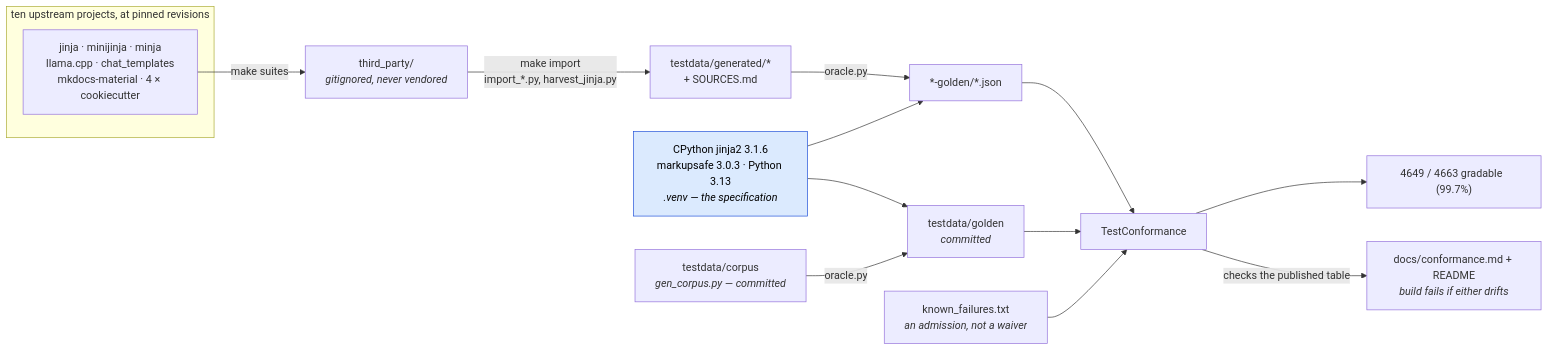
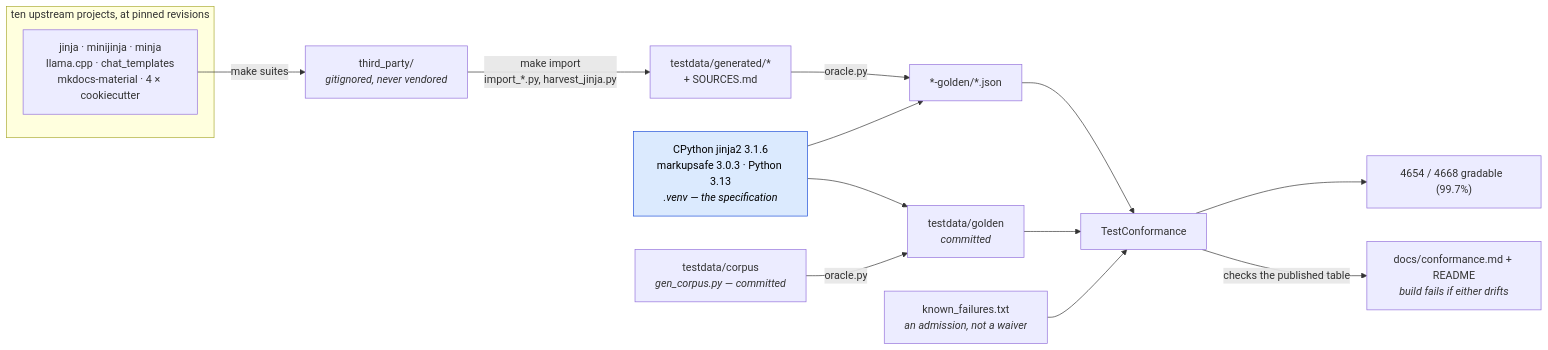
The first of 2 diagrams in docs/conformance.md (mgilbir/gojja2), drawn with Mermaid before and after one commit. The commit also changed other lines of this file and 19 other files, not shown here.

````diff
--- a/docs/conformance.md
+++ b/docs/conformance.md
@@ -17,24 +17,24 @@
 ```mermaid
 flowchart LR
     subgraph up["ten upstream projects, at pinned revisions"]
         U1["jinja · minijinja · minja<br/>llama.cpp · chat_templates<br/>mkdocs-material · 4 × cookiecutter"]
     end
     U1 -->|"make suites"| TP["third_party/<br/><i>gitignored, never vendored</i>"]
     TP -->|"make import<br/>import_*.py, harvest_jinja.py"| GEN["testdata/generated/*<br/>+ SOURCES.md"]
 
     ORA["CPython jinja2 3.1.6<br/>markupsafe 3.0.3 · Python 3.13<br/><i>.venv — the specification</i>"]
     GEN -->|"oracle.py"| G2["*-golden/*.json"]
     ORA --> G2
 
     OWN["testdata/corpus<br/><i>gen_corpus.py — committed</i>"] -->|"oracle.py"| G1["testdata/golden<br/><i>committed</i>"]
     ORA --> G1
 
     G1 --> TC["TestConformance"]
     G2 --> TC
     KF["known_failures.txt<br/><i>an admission, not a waiver</i>"] --> TC
-    TC --> RATE["4649 / 4663 gradable  (99.7%)"]
+    TC --> RATE["4654 / 4668 gradable  (99.7%)"]
     TC -->|"checks the published table"| RM["docs/conformance.md + README<br/><i>build fails if either drifts</i>"]
 
     classDef spec fill:#dbeafe,stroke:#1d4ed8,color:#000
     class ORA spec
 ```
````
